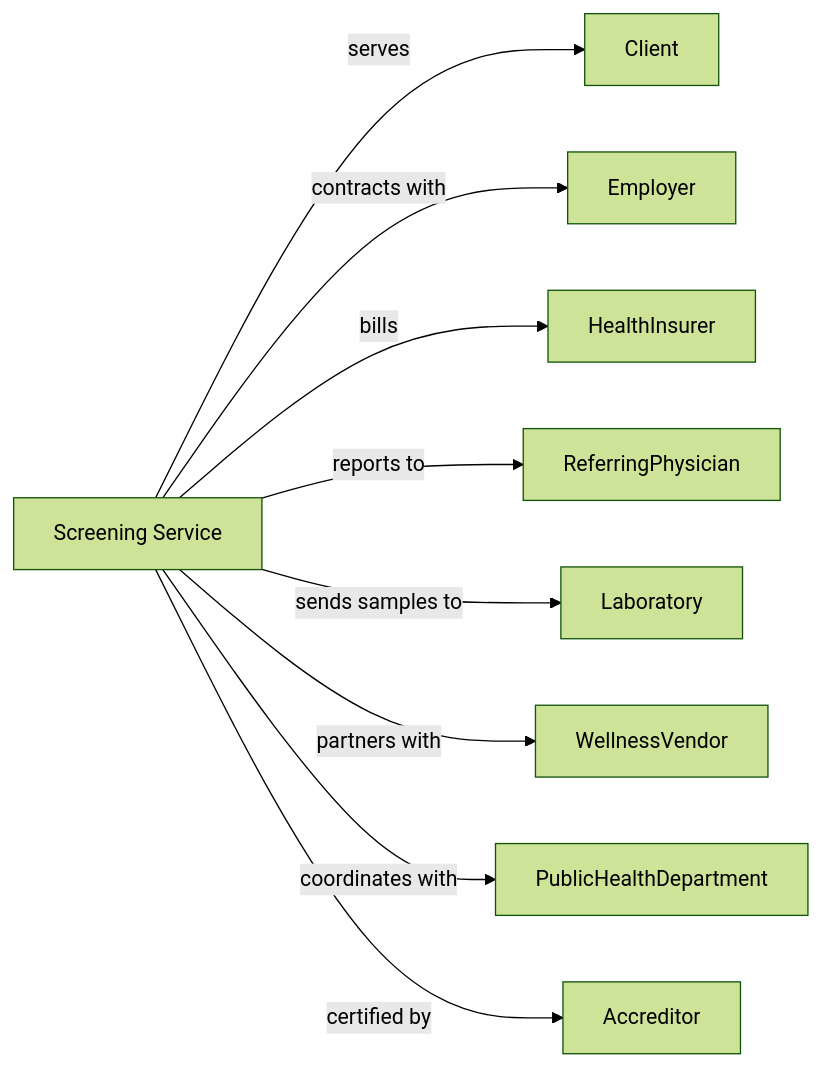
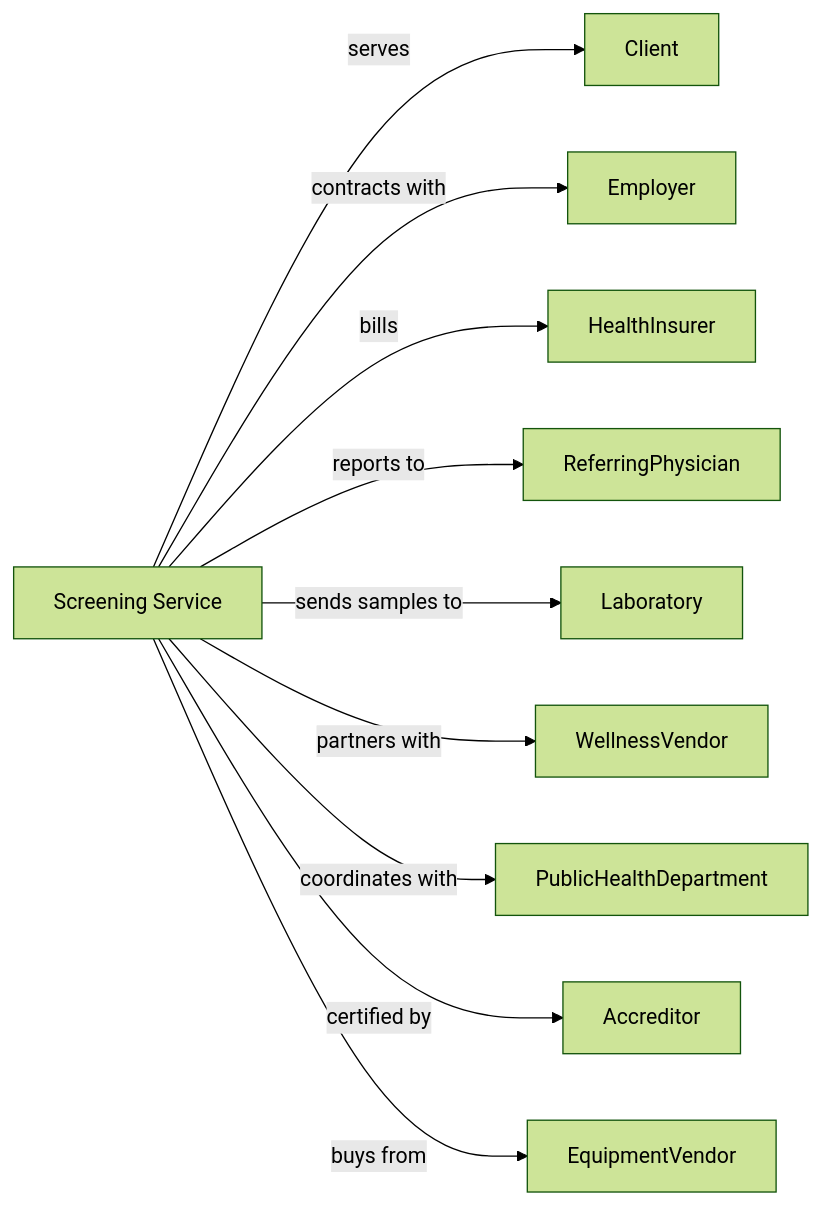
One commit to dot-org-ai/industries.org.ai changed the second of 2 diagrams in HealthCare/AmbulatoryHealthCareServices/OtherAmbulatoryHealthCareServices/AllOtherMiscellaneousAmbulatoryHealthCareServices.mdx. Above: the diagram before and after it, drawn with Mermaid (forest theme). The commit also changed 588 other files, not shown here.

````diff
--- a/HealthCare/AmbulatoryHealthCareServices/OtherAmbulatoryHealthCareServices/AllOtherMiscellaneousAmbulatoryHealthCareServices.mdx
+++ b/HealthCare/AmbulatoryHealthCareServices/OtherAmbulatoryHealthCareServices/AllOtherMiscellaneousAmbulatoryHealthCareServices.mdx
@@ -136,13 +136,14 @@
 ```mermaid
 graph LR
     S[Screening Service]
 
     S -->|serves| Client
     S -->|contracts with| Employer
     S -->|bills| HealthInsurer
     S -->|reports to| ReferringPhysician
     S -->|sends samples to| Laboratory
     S -->|partners with| WellnessVendor
     S -->|coordinates with| PublicHealthDepartment
     S -->|certified by| Accreditor
+    S -->|buys from| EquipmentVendor
 ```
````
